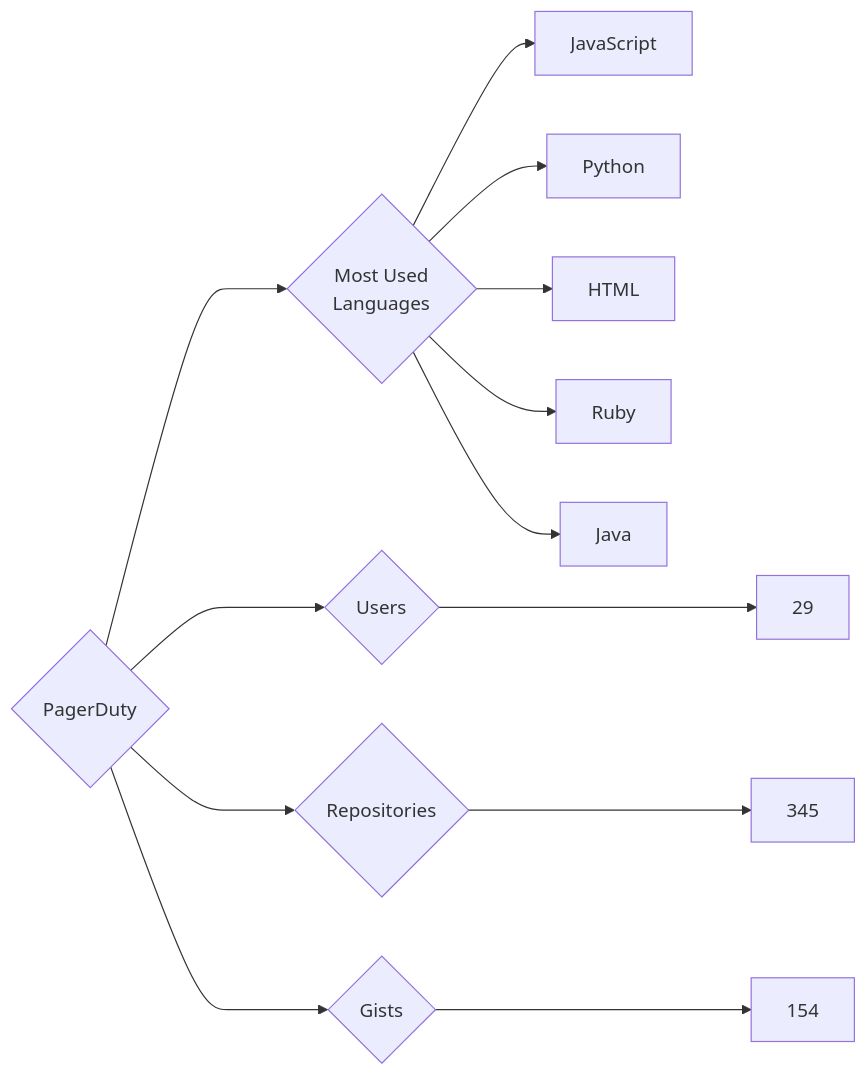
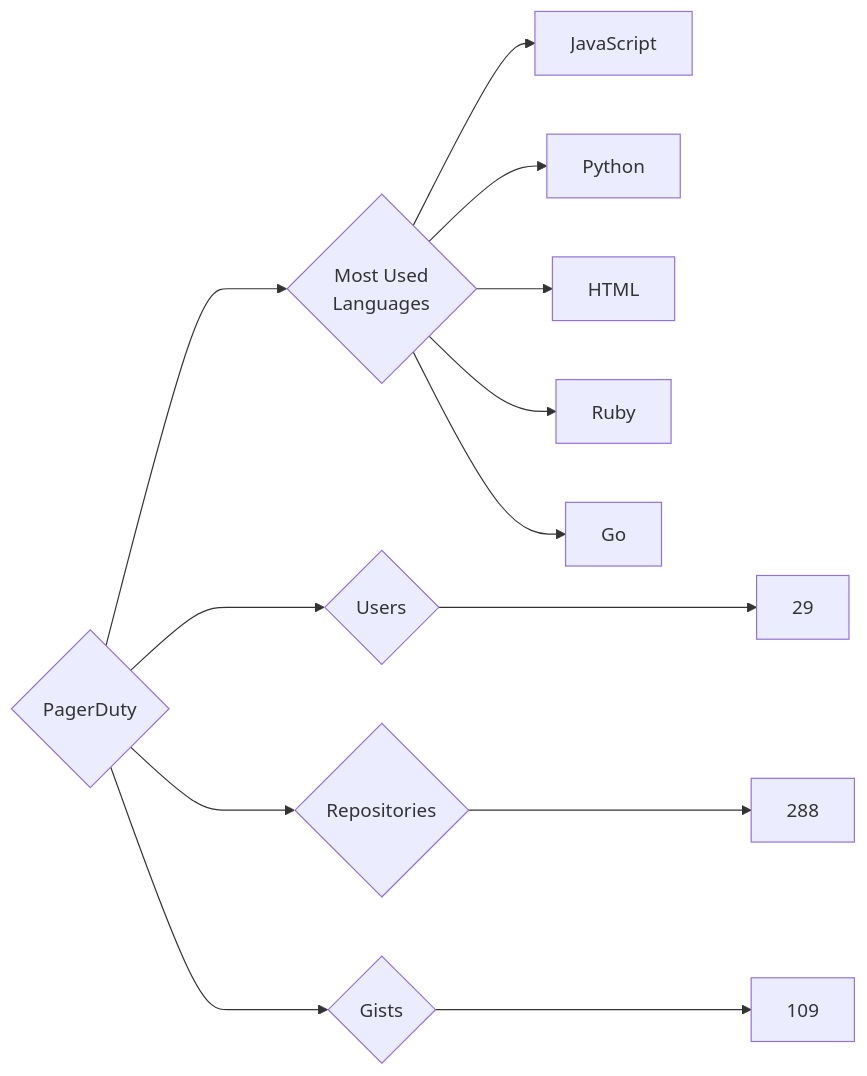
The diagram in targets/PagerDuty/README.md (trickest/insiders), drawn with Mermaid before and after one commit. The commit also changed 972 other files, not shown here.

````diff
--- a/targets/PagerDuty/README.md
+++ b/targets/PagerDuty/README.md
@@ -3,13 +3,13 @@
 ```mermaid
 graph LR
 COMPANY_NAME{PagerDuty}
 COMPANY_NAME ---> U{Users} ---> UN[29]
-COMPANY_NAME ---> R{Repositories} ---> RN[345]
-COMPANY_NAME ---> G{Gists} ---> GN[154]
+COMPANY_NAME ---> R{Repositories} ---> RN[288]
+COMPANY_NAME ---> G{Gists} ---> GN[109]
 COMPANY_NAME ---> ML{Most Used<br>Languages}
 ML --> JavaScript[JavaScript]
 ML --> Python[Python]
 ML --> HTML[HTML]
 ML --> Ruby[Ruby]
-ML --> Java[Java]
+ML --> Go[Go]
 ```
````
